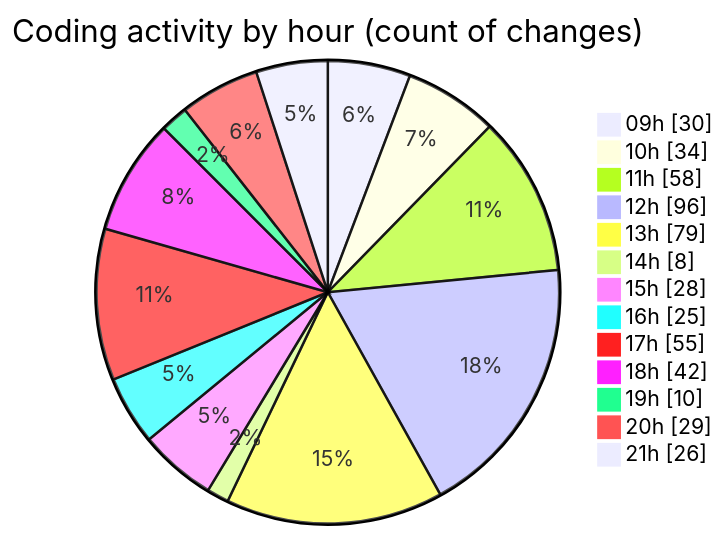
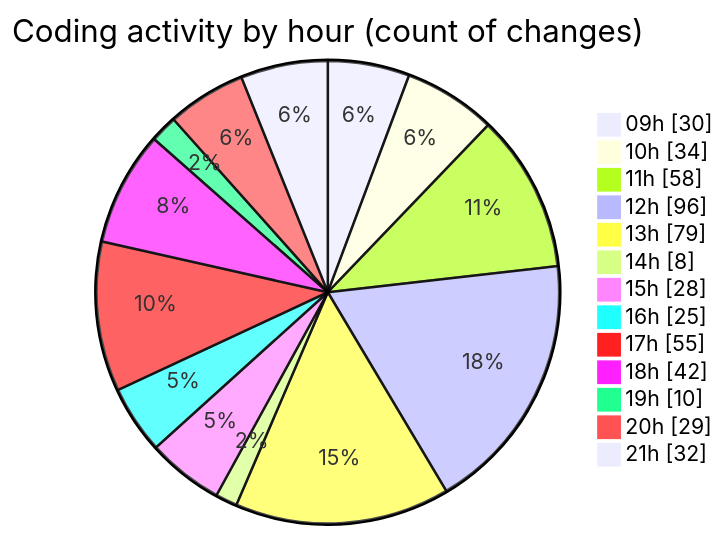
The second of 2 diagrams in 2025-04-02/cda/README.md (momahboobian/code-tracking), drawn with Mermaid before and after one commit. The commit also changed other lines of this file and 1 other file, not shown here.

````diff
--- a/2025-04-02/cda/README.md
+++ b/2025-04-02/cda/README.md
@@ -40,17 +40,17 @@
 ```mermaid
 pie showData
 title Coding activity by hour (count of changes)
 "09h" : 30
 "10h" : 34
 "11h" : 58
 "12h" : 96
 "13h" : 79
 "14h" : 8
 "15h" : 28
 "16h" : 25
 "17h" : 55
 "18h" : 42
 "19h" : 10
 "20h" : 29
-"21h" : 26
+"21h" : 32
 ```
````
